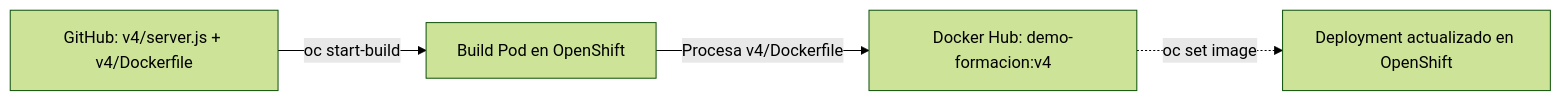
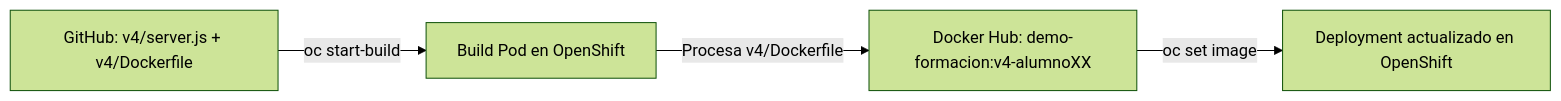
One commit to ieftraining/curso-openshift changed the sixth of 6 diagrams in docs/sesion4/4.5 Construir en la plataforma.md. Above: the diagram before and after it, drawn with Mermaid (forest theme). The commit also changed other lines of this file, not shown here.

````diff
--- a/docs/sesion4/4.5 Construir en la plataforma.md
+++ b/docs/sesion4/4.5 Construir en la plataforma.md
@@ -131,6 +166,6 @@
 ```mermaid
 flowchart LR
     A[GitHub: v4/server.js + v4/Dockerfile] -->|oc start-build| B[Build Pod en OpenShift]
-    B -->|Procesa v4/Dockerfile| C[Docker Hub: demo-formacion:v4]
-    C -.->|oc set image| D[Deployment actualizado en OpenShift]
+    B -->|Procesa v4/Dockerfile| C[Docker Hub: demo-formacion:v4-alumnoXX]
+    C -->|oc set image| D[Deployment actualizado en OpenShift]
 ```
````
